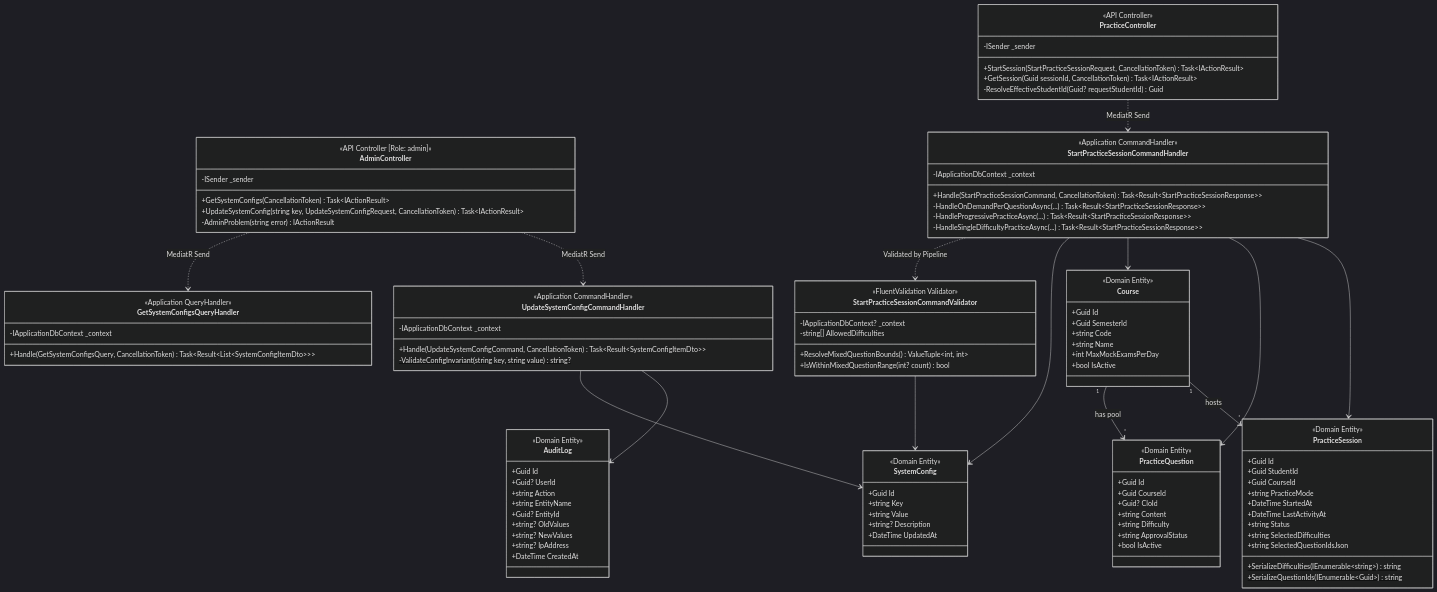
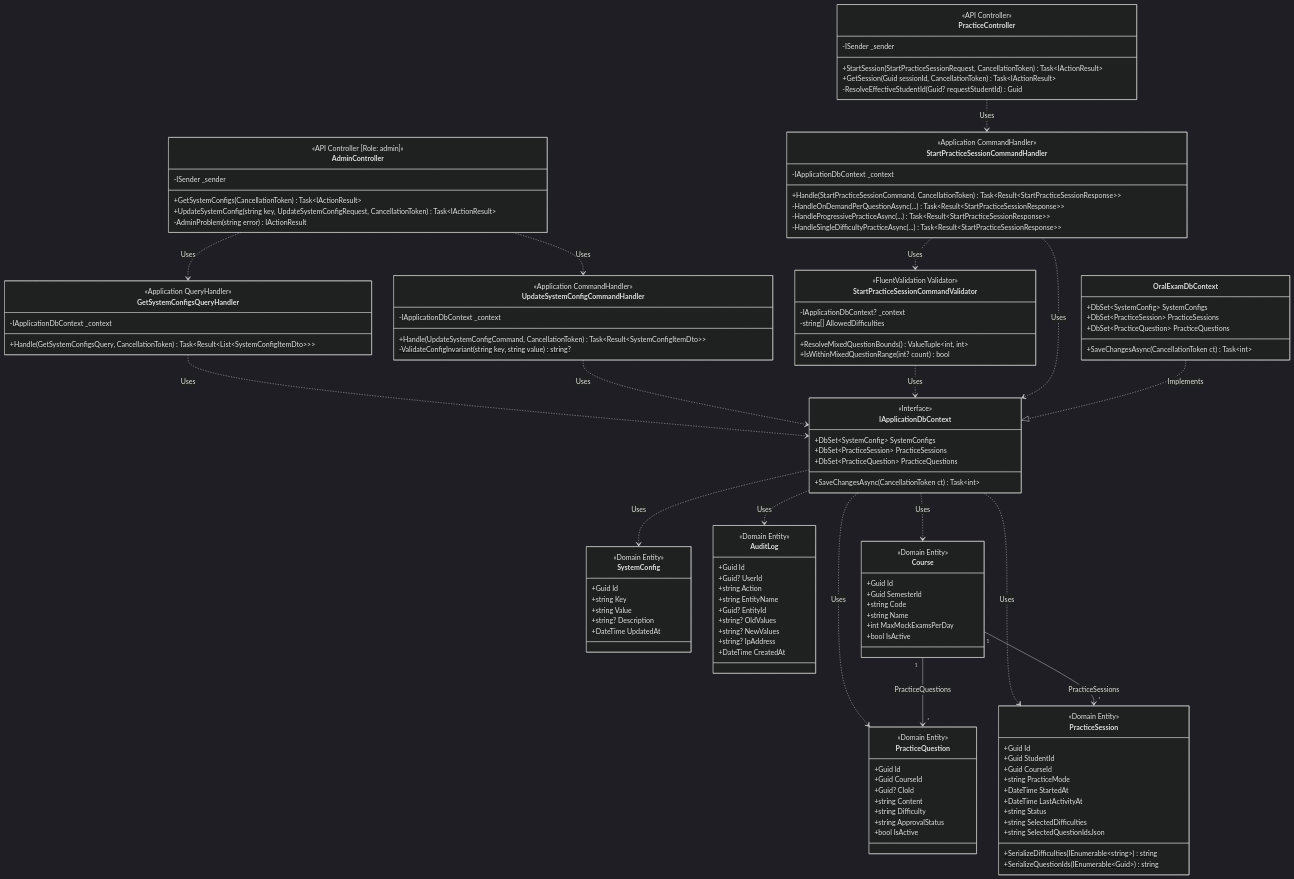
The first of 2 diagrams in docs/Task Daily/Report4_NguyenQuangThanh/03_DD02_Practice_Config_Session_Init/DD02_PracticeInit_Specification_VI.md (An-LLM-based-Oral-Examination/oral-exam-system), drawn with Mermaid (dark theme) before and after one commit. The commit also changed other lines of this file and 146 other files, not shown here.

````diff
--- a/docs/Task Daily/Report4_NguyenQuangThanh/03_DD02_Practice_Config_Session_Init/DD02_PracticeInit_Specification_VI.md
+++ b/docs/Task Daily/Report4_NguyenQuangThanh/03_DD02_Practice_Config_Session_Init/DD02_PracticeInit_Specification_VI.md
@@ -141,20 +141,38 @@
         +SerializeQuestionIds(IEnumerable~Guid~)$ string
     }
 
-    AdminController ..> GetSystemConfigsQueryHandler : MediatR Send
-    AdminController ..> UpdateSystemConfigCommandHandler : MediatR Send
-    PracticeController ..> StartPracticeSessionCommandHandler : MediatR Send
+    class IApplicationDbContext {
+        <<Interface>>
+        +DbSet~SystemConfig~ SystemConfigs
+        +DbSet~PracticeSession~ PracticeSessions
+        +DbSet~PracticeQuestion~ PracticeQuestions
+        +SaveChangesAsync(CancellationToken ct) Task~int~
+    }
 
-    UpdateSystemConfigCommandHandler --> SystemConfig
-    UpdateSystemConfigCommandHandler --> AuditLog
-    StartPracticeSessionCommandValidator --> SystemConfig
+    class OralExamDbContext {
+        +DbSet~SystemConfig~ SystemConfigs
+        +DbSet~PracticeSession~ PracticeSessions
+        +DbSet~PracticeQuestion~ PracticeQuestions
+        +SaveChangesAsync(CancellationToken ct) Task~int~
+    }
 
-    StartPracticeSessionCommandHandler ..> StartPracticeSessionCommandValidator : Validated by Pipeline
-    StartPracticeSessionCommandHandler --> SystemConfig
-    StartPracticeSessionCommandHandler --> Course
-    StartPracticeSessionCommandHandler --> PracticeQuestion
-    StartPracticeSessionCommandHandler --> PracticeSession
+    AdminController ..> GetSystemConfigsQueryHandler : Uses
+    AdminController ..> UpdateSystemConfigCommandHandler : Uses
+    PracticeController ..> StartPracticeSessionCommandHandler : Uses
 
-    Course "1" --> "*" PracticeQuestion : has pool
-    Course "1" --> "*" PracticeSession : hosts
+    GetSystemConfigsQueryHandler ..> IApplicationDbContext : Uses
+    UpdateSystemConfigCommandHandler ..> IApplicationDbContext : Uses
+    StartPracticeSessionCommandValidator ..> IApplicationDbContext : Uses
+    StartPracticeSessionCommandHandler ..> StartPracticeSessionCommandValidator : Uses
+    StartPracticeSessionCommandHandler ..> IApplicationDbContext : Uses
+
+    OralExamDbContext ..|> IApplicationDbContext : Implements
+    IApplicationDbContext ..> SystemConfig : Uses
+    IApplicationDbContext ..> AuditLog : Uses
+    IApplicationDbContext ..> Course : Uses
+    IApplicationDbContext ..> PracticeQuestion : Uses
+    IApplicationDbContext ..> PracticeSession : Uses
+
+    Course "1" --> "*" PracticeQuestion : PracticeQuestions
+    Course "1" --> "*" PracticeSession : PracticeSessions
 ```
````
